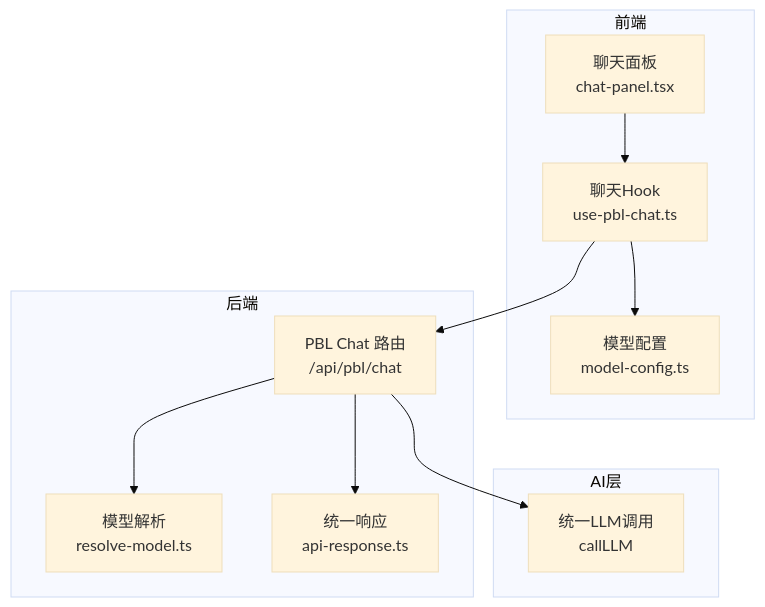
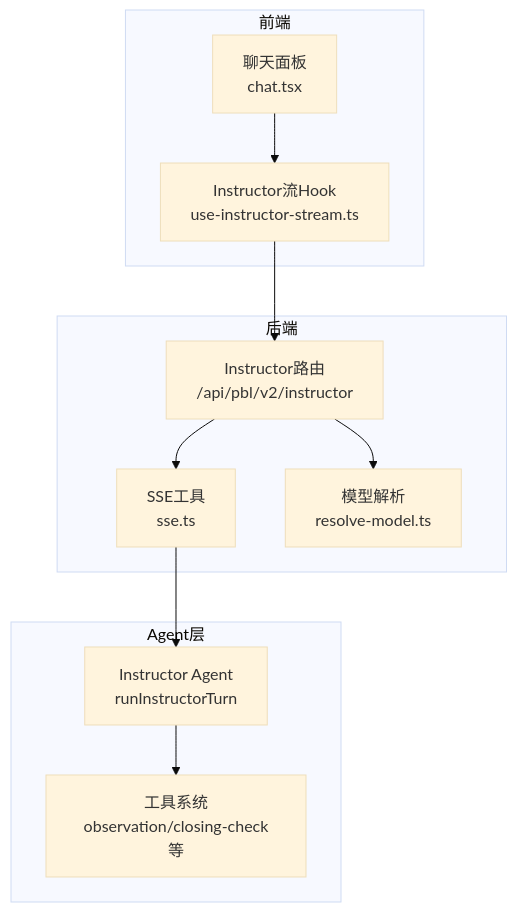
The third of 4 diagrams in .qoder/repowiki/zh/content/API 接口参考/PBL 学习 API/PBL 聊天 API.md (huangboheng/OpenMAIC), drawn with Mermaid (base theme) before and after one commit. The commit also changed other lines of this file and 23 other files, not shown here.

````diff
--- a/.qoder/repowiki/zh/content/API 接口参考/PBL 学习 API/PBL 聊天 API.md
+++ b/.qoder/repowiki/zh/content/API 接口参考/PBL 学习 API/PBL 聊天 API.md
@@ -138,22 +138,22 @@
 ```mermaid
 graph TB
 subgraph "前端"
-ChatPanel["聊天面板<br/>chat-panel.tsx"]
-UsePBLChat["聊天Hook<br/>use-pbl-chat.ts"]
-ModelCfg["模型配置<br/>model-config.ts"]
+ChatPanel["聊天面板<br/>chat.tsx"]
+UseStream["Instructor流Hook<br/>use-instructor-stream.ts"]
 end
 subgraph "后端"
-Route["PBL Chat 路由<br/>/api/pbl/chat"]
+Route["Instructor路由<br/>/api/pbl/v2/instructor"]
+SSE["SSE工具<br/>sse.ts"]
 ResolveModel["模型解析<br/>resolve-model.ts"]
-ApiResponse["统一响应<br/>api-response.ts"]
 end
-subgraph "AI层"
-CallLLM["统一LLM调用<br/>callLLM"]
+subgraph "Agent层"
+Instructor["Instructor Agent<br/>runInstructorTurn"]
+Tools["工具系统<br/>observation/closing-check等"]
 end
-ChatPanel --> UsePBLChat
-UsePBLChat --> ModelCfg
-UsePBLChat --> Route
+ChatPanel --> UseStream
+UseStream --> Route
 Route --> ResolveModel
-Route --> CallLLM
-Route --> ApiResponse
+Route --> SSE
+SSE --> Instructor
+Instructor --> Tools
 ```
````
